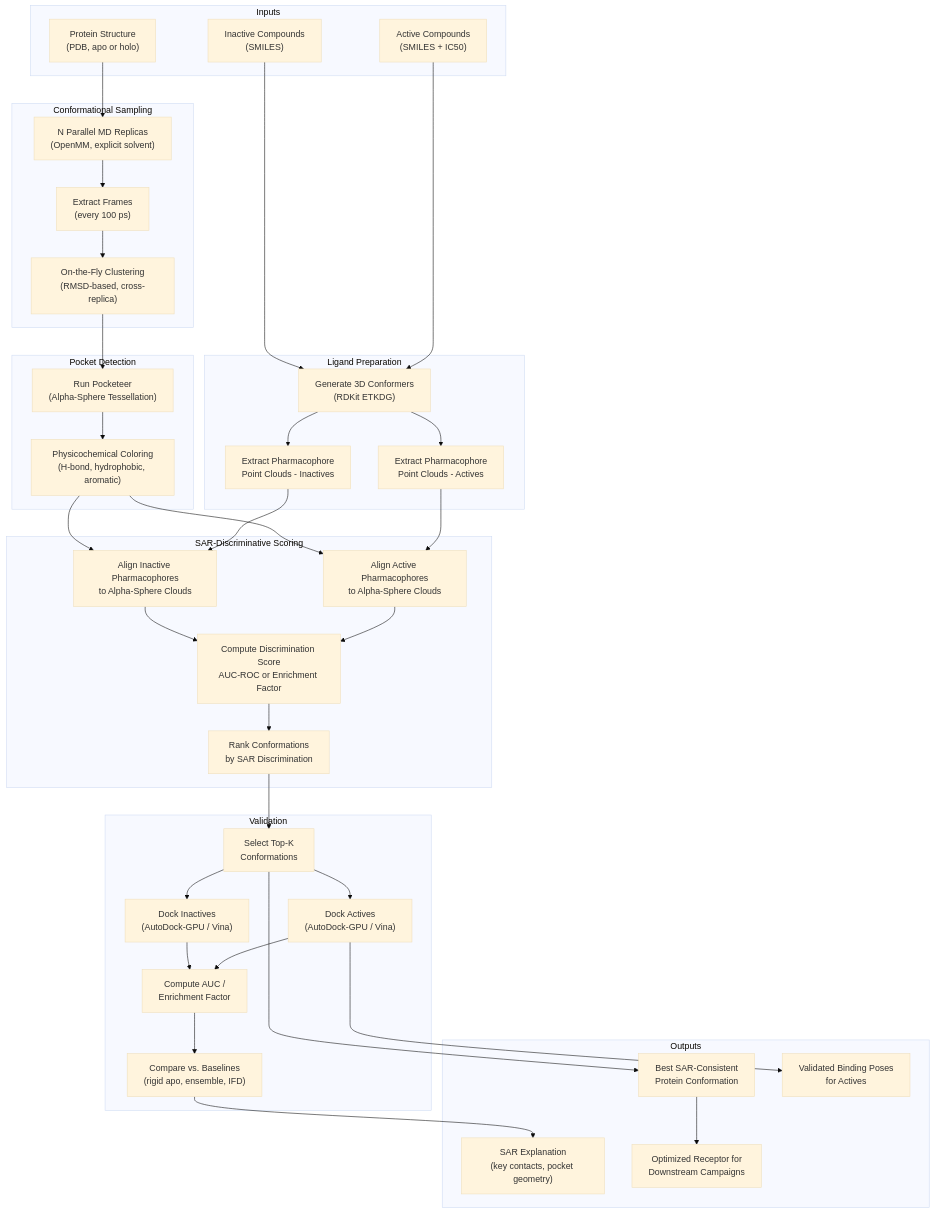
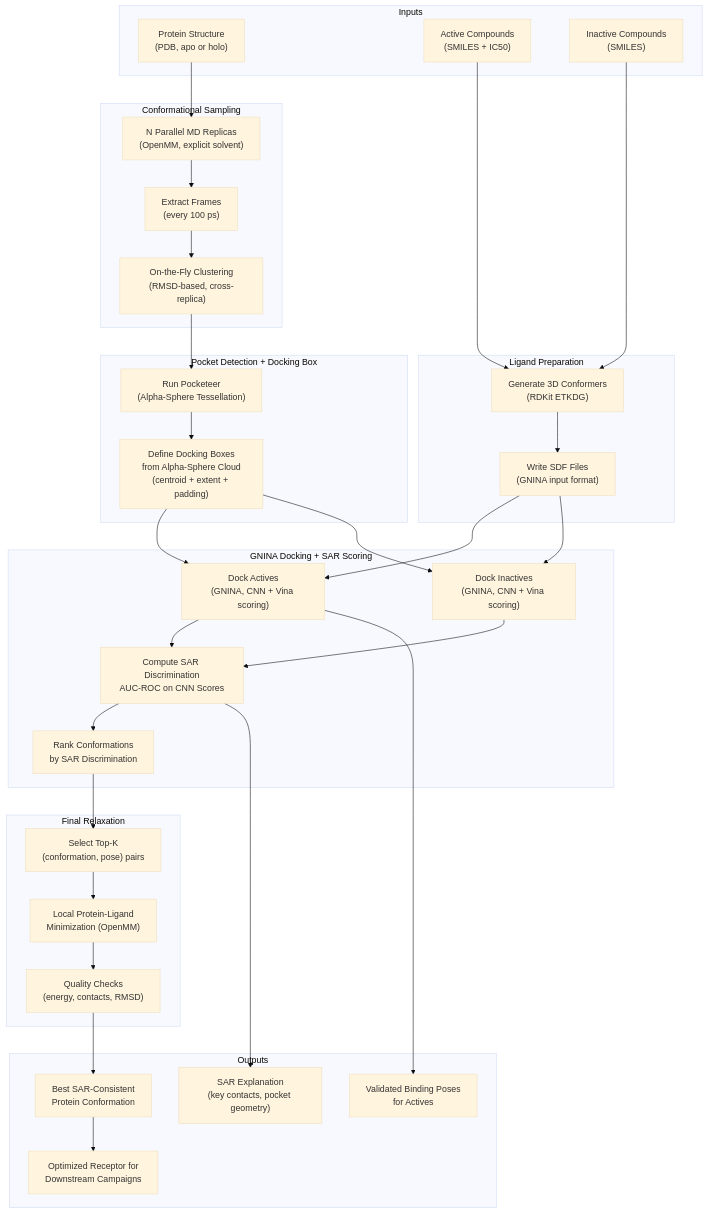
One commit to Popov-Lab-UNC/draco changed the first of 2 diagrams in project_plan.md. Above: the diagram before and after it, drawn with Mermaid (base theme). The commit also changed other lines of this file and 11 other files, not shown here.

Commit message:
Deprecating coloring and overlay. Using gnina docking instead

````diff
--- a/project_plan.md
+++ b/project_plan.md
@@ -192,78 +190,71 @@
 ```mermaid
 flowchart TB
     subgraph INPUTS["Inputs"]
         PDB["Protein Structure<br/>(PDB, apo or holo)"]
         ACTIVES["Active Compounds<br/>(SMILES + IC50)"]
         INACTIVES["Inactive Compounds<br/>(SMILES)"]
     end
 
     subgraph PREP["Ligand Preparation"]
         CONF_GEN["Generate 3D Conformers<br/>(RDKit ETKDG)"]
-        PHARM_ACT["Extract Pharmacophore<br/>Point Clouds - Actives"]
-        PHARM_INACT["Extract Pharmacophore<br/>Point Clouds - Inactives"]
+        SDF_OUT["Write SDF Files<br/>(GNINA input format)"]
     end
 
     subgraph MD_SAMPLING["Conformational Sampling"]
         MD["N Parallel MD Replicas<br/>(OpenMM, explicit solvent)"]
         FRAMES["Extract Frames<br/>(every 100 ps)"]
         CLUSTER["On-the-Fly Clustering<br/>(RMSD-based, cross-replica)"]
     end
 
-    subgraph POCKET_DETECTION["Pocket Detection"]
+    subgraph POCKET_DETECTION["Pocket Detection + Docking Box"]
         POCKETEER["Run Pocketeer<br/>(Alpha-Sphere Tessellation)"]
-        FEAT["Physicochemical Coloring<br/>(H-bond, hydrophobic, aromatic)"]
+        DOCKBOX["Define Docking Boxes<br/>from Alpha-Sphere Cloud<br/>(centroid + extent + padding)"]
     end
 
-    subgraph SAR_SCORING["SAR-Discriminative Scoring"]
-        ALIGN_ACT["Align Active Pharmacophores<br/>to Alpha-Sphere Clouds"]
-        ALIGN_INACT["Align Inactive Pharmacophores<br/>to Alpha-Sphere Clouds"]
-        DISC_SCORE["Compute Discrimination Score<br/>AUC-ROC or Enrichment Factor"]
+    subgraph GNINA_DOCKING["GNINA Docking + SAR Scoring"]
+        DOCK_ACT["Dock Actives<br/>(GNINA, CNN + Vina scoring)"]
+        DOCK_INACT["Dock Inactives<br/>(GNINA, CNN + Vina scoring)"]
+        SAR_SCORE["Compute SAR Discrimination<br/>AUC-ROC on CNN Scores"]
         RANK["Rank Conformations<br/>by SAR Discrimination"]
     end
 
-    subgraph VALIDATION["Validation"]
-        TOP_CONF["Select Top-K<br/>Conformations"]
-        DOCK_ACT["Dock Actives<br/>(AutoDock-GPU / Vina)"]
-        DOCK_INACT["Dock Inactives<br/>(AutoDock-GPU / Vina)"]
-        AUC["Compute AUC /<br/>Enrichment Factor"]
-        COMPARE["Compare vs. Baselines<br/>(rigid apo, ensemble, IFD)"]
+    subgraph REFINEMENT["Final Relaxation"]
+        TOP_CONF["Select Top-K<br/>(conformation, pose) pairs"]
+        MINIMIZE["Local Protein-Ligand<br/>Minimization (OpenMM)"]
+        QC["Quality Checks<br/>(energy, contacts, RMSD)"]
     end
 
     subgraph OUTPUTS["Outputs"]
         BEST_CONF["Best SAR-Consistent<br/>Protein Conformation"]
         POSES["Validated Binding Poses<br/>for Actives"]
         EXPLAIN["SAR Explanation<br/>(key contacts, pocket geometry)"]
         RECEPTOR["Optimized Receptor for<br/>Downstream Campaigns"]
     end
 
     ACTIVES --> CONF_GEN
     INACTIVES --> CONF_GEN
-    CONF_GEN --> PHARM_ACT
-    CONF_GEN --> PHARM_INACT
+    CONF_GEN --> SDF_OUT
 
     PDB --> MD
     MD --> FRAMES
     FRAMES --> CLUSTER
     CLUSTER --> POCKETEER
-    POCKETEER --> FEAT
+    POCKETEER --> DOCKBOX
 
-    PHARM_ACT --> ALIGN_ACT
-    PHARM_INACT --> ALIGN_INACT
-    FEAT --> ALIGN_ACT
-    FEAT --> ALIGN_INACT
-    ALIGN_ACT --> DISC_SCORE
-    ALIGN_INACT --> DISC_SCORE
-    DISC_SCORE --> RANK
+    SDF_OUT --> DOCK_ACT
+    SDF_OUT --> DOCK_INACT
+    DOCKBOX --> DOCK_ACT
+    DOCKBOX --> DOCK_INACT
+    DOCK_ACT --> SAR_SCORE
+    DOCK_INACT --> SAR_SCORE
+    SAR_SCORE --> RANK
 
     RANK --> TOP_CONF
-    TOP_CONF --> DOCK_ACT
-    TOP_CONF --> DOCK_INACT
-    DOCK_ACT --> AUC
-    DOCK_INACT --> AUC
-    AUC --> COMPARE
+    TOP_CONF --> MINIMIZE
+    MINIMIZE --> QC
 
-    TOP_CONF --> BEST_CONF
+    QC --> BEST_CONF
     DOCK_ACT --> POSES
-    COMPARE --> EXPLAIN
+    SAR_SCORE --> EXPLAIN
     BEST_CONF --> RECEPTOR
 ```
````
